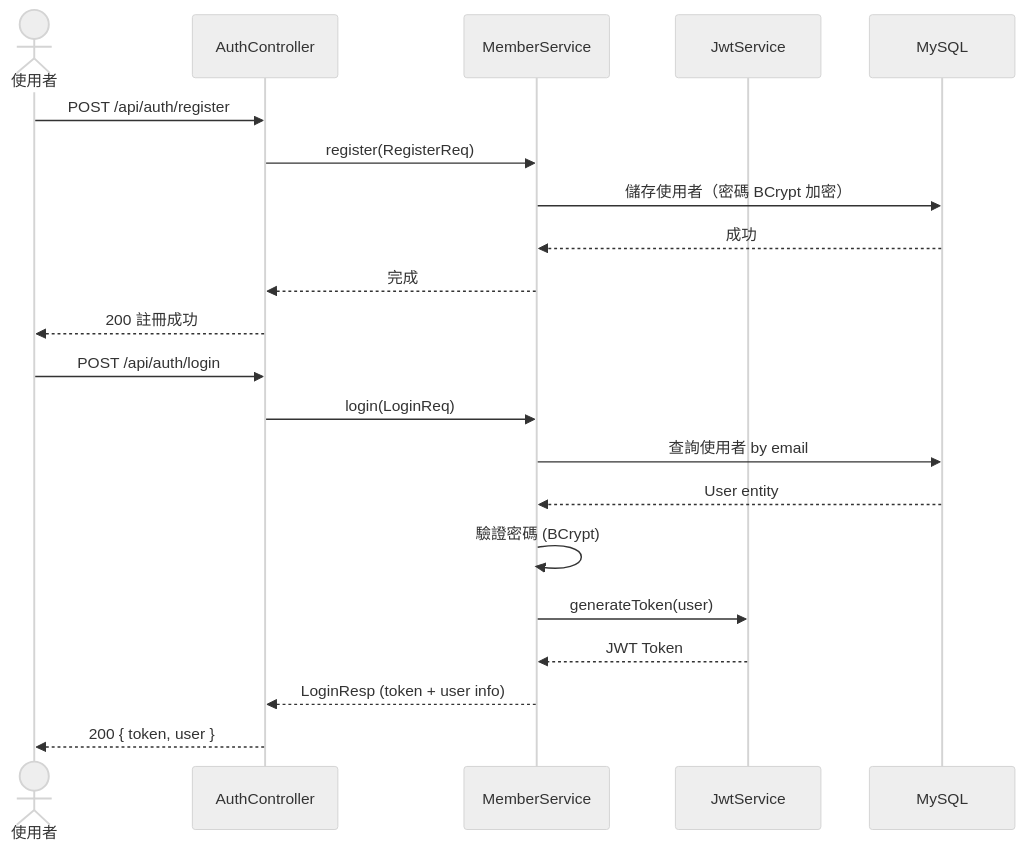
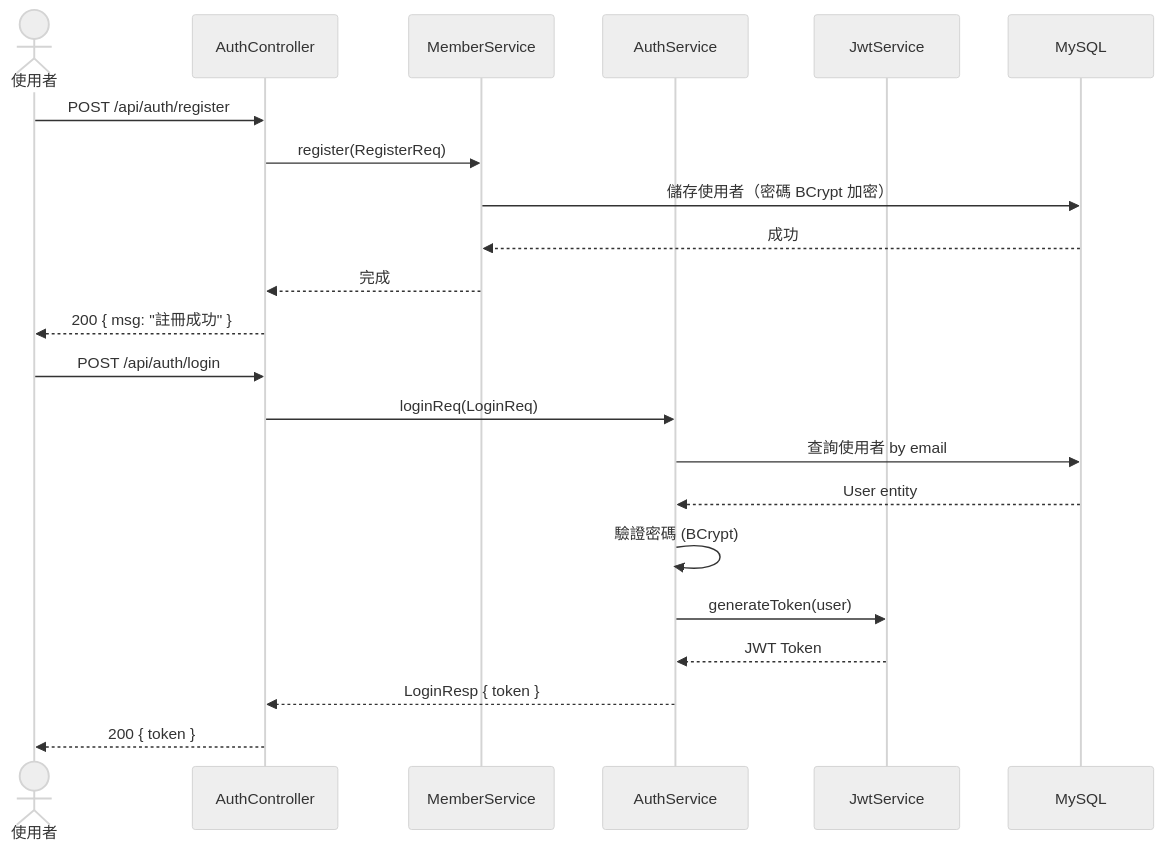
Before and after one commit to rogerhou2000/learning-backend: the second of 6 diagrams in docs/architecture-doc.md, drawn with Mermaid (neutral theme). The commit also changed other lines of this file and 21 other files, not shown here.

````diff
--- a/docs/architecture-doc.md
+++ b/docs/architecture-doc.md
@@ -147,25 +150,26 @@
 ```mermaid
 sequenceDiagram
     actor User as 使用者
     participant Auth as AuthController
     participant Member as MemberService
+    participant AuthSvc as AuthService
     participant JWT as JwtService
     participant DB as MySQL
 
     User->>Auth: POST /api/auth/register
     Auth->>Member: register(RegisterReq)
     Member->>DB: 儲存使用者（密碼 BCrypt 加密）
     DB-->>Member: 成功
     Member-->>Auth: 完成
-    Auth-->>User: 200 註冊成功
+    Auth-->>User: 200 { msg: "註冊成功" }
 
     User->>Auth: POST /api/auth/login
-    Auth->>Member: login(LoginReq)
-    Member->>DB: 查詢使用者 by email
-    DB-->>Member: User entity
-    Member->>Member: 驗證密碼 (BCrypt)
-    Member->>JWT: generateToken(user)
-    JWT-->>Member: JWT Token
-    Member-->>Auth: LoginResp (token + user info)
-    Auth-->>User: 200 { token, user }
+    Auth->>AuthSvc: loginReq(LoginReq)
+    AuthSvc->>DB: 查詢使用者 by email
+    DB-->>AuthSvc: User entity
+    AuthSvc->>AuthSvc: 驗證密碼 (BCrypt)
+    AuthSvc->>JWT: generateToken(user)
+    JWT-->>AuthSvc: JWT Token
+    AuthSvc-->>Auth: LoginResp { token }
+    Auth-->>User: 200 { token }
 ```
````
